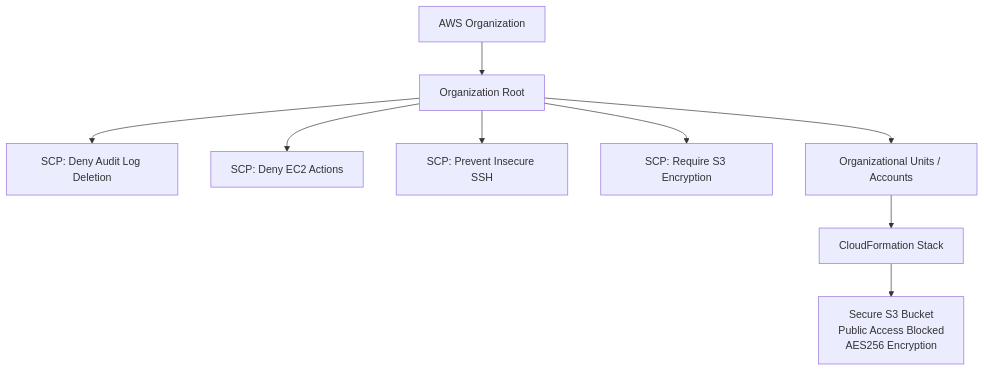
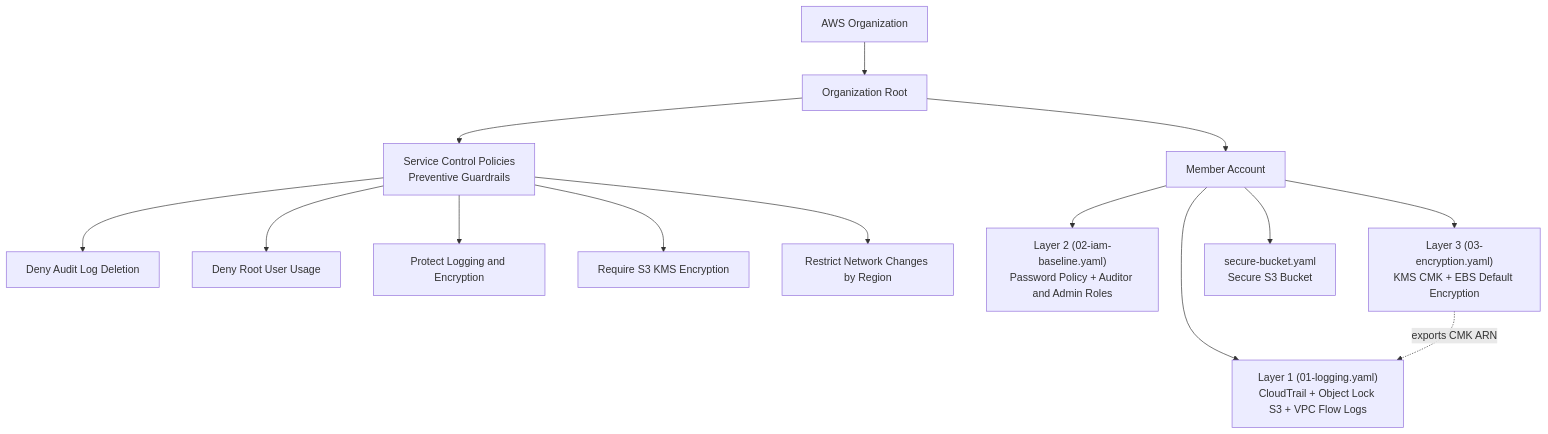
Before and after one commit to 0xBahalaNa/aws-compliance-as-code: the diagram in README.md, drawn with Mermaid. The commit also changed other lines of this file and 2 other files, not shown here.

First line of the commit message:
feat: Layer 3 — KMS CMK with S3/EBS encryption defaults (#13)

````diff
--- a/README.md
+++ b/README.md
@@ -17,11 +17,16 @@
 ```mermaid
 graph TD
     A[AWS Organization] --> B[Organization Root]
-    B --> C["SCP: Deny Audit Log Deletion"]
-    B --> D["SCP: Deny EC2 Actions"]
-    B --> E["SCP: Prevent Insecure SSH"]
-    B --> F["SCP: Require S3 Encryption"]
-    B --> G[Organizational Units / Accounts]
-    G --> H[CloudFormation Stack]
-    H --> I["Secure S3 Bucket<br/>Public Access Blocked<br/>AES256 Encryption"]
+    B --> SCP["Service Control Policies<br/>Preventive Guardrails"]
+    SCP --> S1["Deny Audit Log Deletion"]
+    SCP --> S2["Deny Root User Usage"]
+    SCP --> S3["Protect Logging and Encryption"]
+    SCP --> S4["Require S3 KMS Encryption"]
+    SCP --> S5["Restrict Network Changes by Region"]
+    B --> ACC["Member Account"]
+    ACC --> L1["Layer 1 (01-logging.yaml)<br/>CloudTrail + Object Lock S3 + VPC Flow Logs"]
+    ACC --> L2["Layer 2 (02-iam-baseline.yaml)<br/>Password Policy + Auditor and Admin Roles"]
+    ACC --> L3["Layer 3 (03-encryption.yaml)<br/>KMS CMK + EBS Default Encryption"]
+    ACC --> SB["secure-bucket.yaml<br/>Secure S3 Bucket"]
+    L3 -. exports CMK ARN .-> L1
 ```
````
